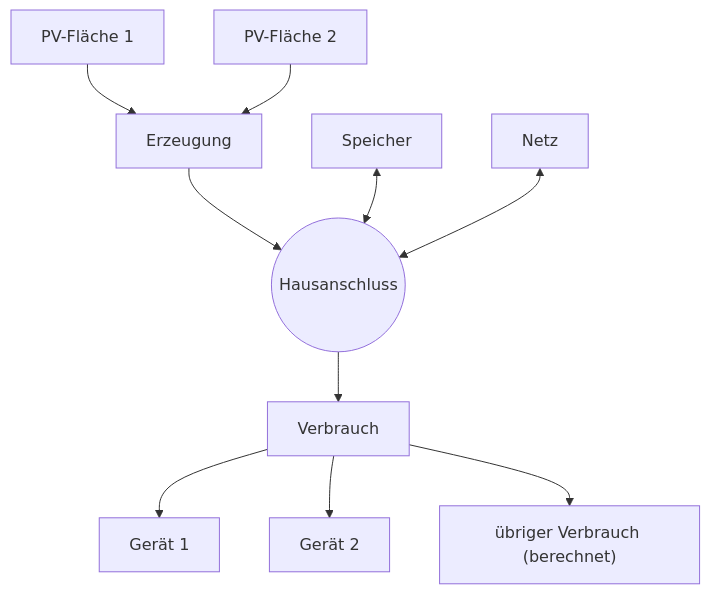
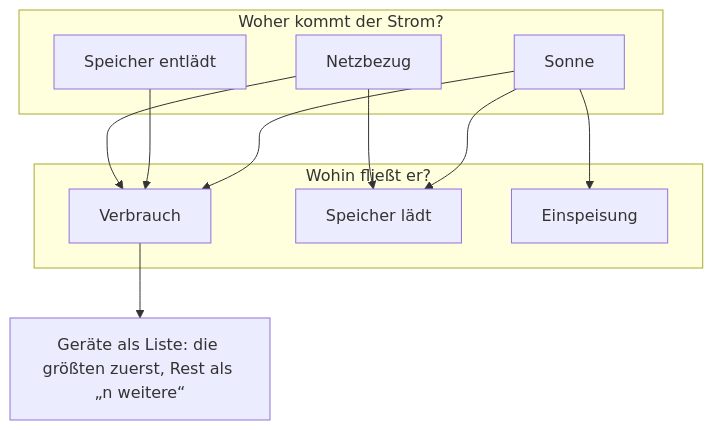
The diagram in docs/konzepte/cockpit-tagesfilm/README.md (Rayleigh3105/voltpilot-ems), drawn with Mermaid before and after one commit. The commit also changed other lines of this file and 5 other files, not shown here.

````diff
--- a/docs/konzepte/cockpit-tagesfilm/README.md
+++ b/docs/konzepte/cockpit-tagesfilm/README.md
@@ -18,12 +20,20 @@
 ```mermaid
 flowchart TB
-  S1["PV-Fläche 1"] --> PV["Erzeugung"]
-  S2["PV-Fläche 2"] --> PV
-  PV --> H(("Hausanschluss"))
-  B["Speicher"] <--> H
-  N["Netz"] <--> H
-  H --> V["Verbrauch"]
-  V --> G1["Gerät 1"]
-  V --> G2["Gerät 2"]
-  V --> R["übriger Verbrauch (berechnet)"]
+  subgraph W["Woher kommt der Strom?"]
+    PV["Sonne"]
+    BA["Speicher entlädt"]
+    NB["Netzbezug"]
+  end
+  subgraph Z["Wohin fließt er?"]
+    V["Verbrauch"]
+    BL["Speicher lädt"]
+    NE["Einspeisung"]
+  end
+  PV --> V
+  PV --> BL
+  PV --> NE
+  BA --> V
+  NB --> V
+  NB --> BL
+  V --> L["Geräte als Liste: die größten zuerst, Rest als „n weitere“"]
 ```
````
